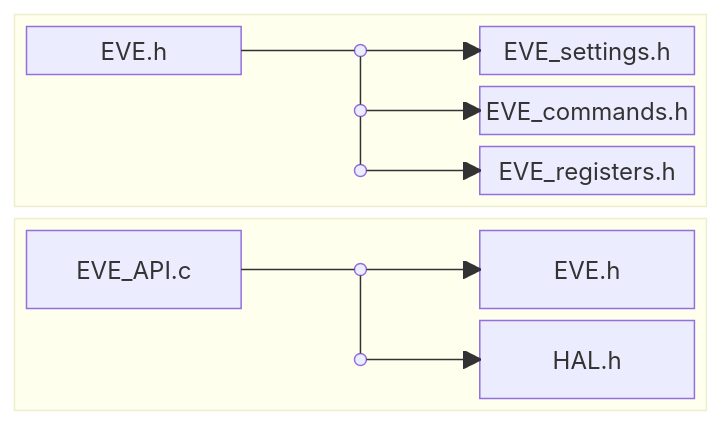
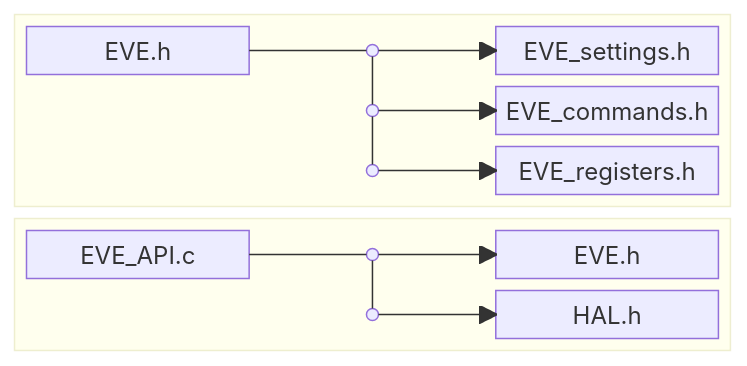
The third of 11 diagrams in README.md (Bridgetek/Eve-MCU-Dev), drawn with Mermaid before and after one commit. The commit also changed other lines of this file, not shown here.

Commit message:
stylistic updates to header dependencies section

````diff
--- a/README.md
+++ b/README.md
@@ -283,25 +284,25 @@
 ```mermaid
 block
-  columns 1
-  block:HEADER_LAYER[" "]
+  columns 3
+  block:HEADER_LAYER[" "]:3
     columns 3
-    A1["EVE.h"]     X1((" "))   B1["EVE_settings.h"]
-    space           X2((" "))   B2["EVE_commands.h"]
-    space           X3((" "))   B3["EVE_registers.h"]
+    A1["EVE.h"]      X1((" "))   B1["EVE_settings.h"]
+    space            X2((" "))  B2["EVE_commands.h"]
+    space            X3((" "))  B3["EVE_registers.h"]
     A1 --- X1
     X1 --- X2
     X2 --- X3
     X1 --> B1
     X2 --> B2
     X3 --> B3
   end
-  block:SOURCE_LAYER[" "]
+  block:SOURCE_LAYER[" "]:3
     columns 3
-    A2["EVE_API.c"] X4((" "))   B4["EVE.h"]
-    space           X5((" "))   B5["HAL.h"]
+    A2["EVE_API.c"]  X4((" "))    B4["EVE.h"]
+    space            X5((" "))    B5["HAL.h"]
     A2 --- X4
     X4 --- X5
     X4 --> B4
     X5 --> B5
   end
 ```
````
